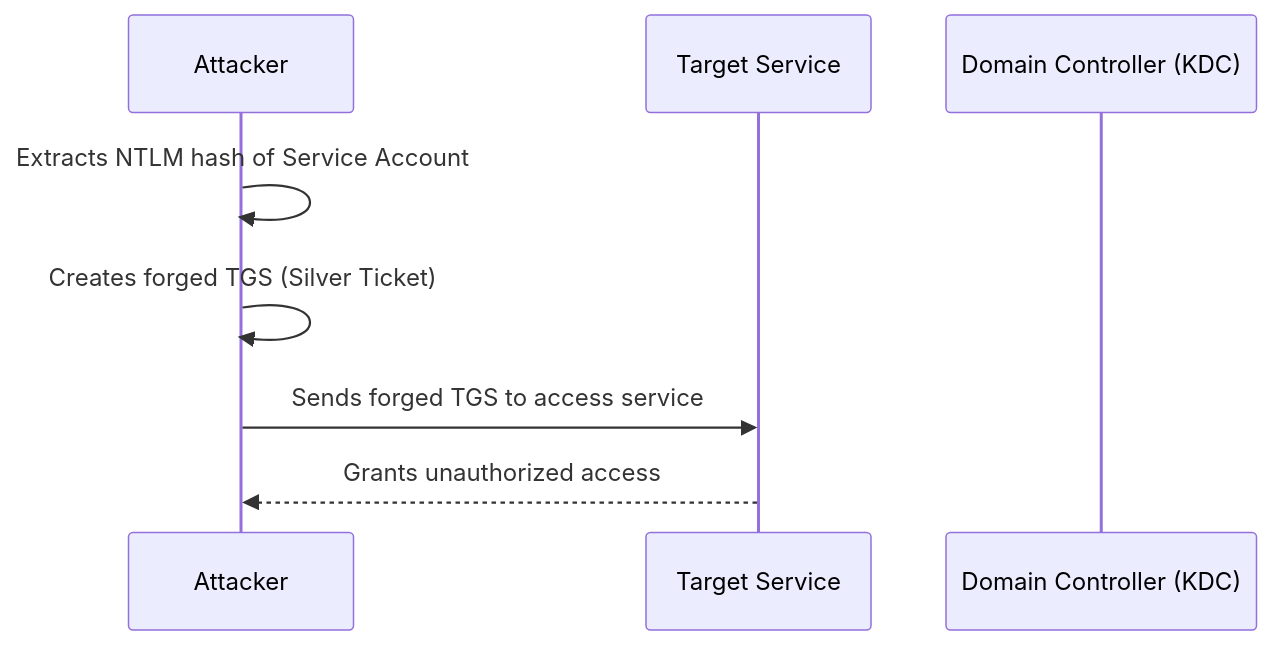
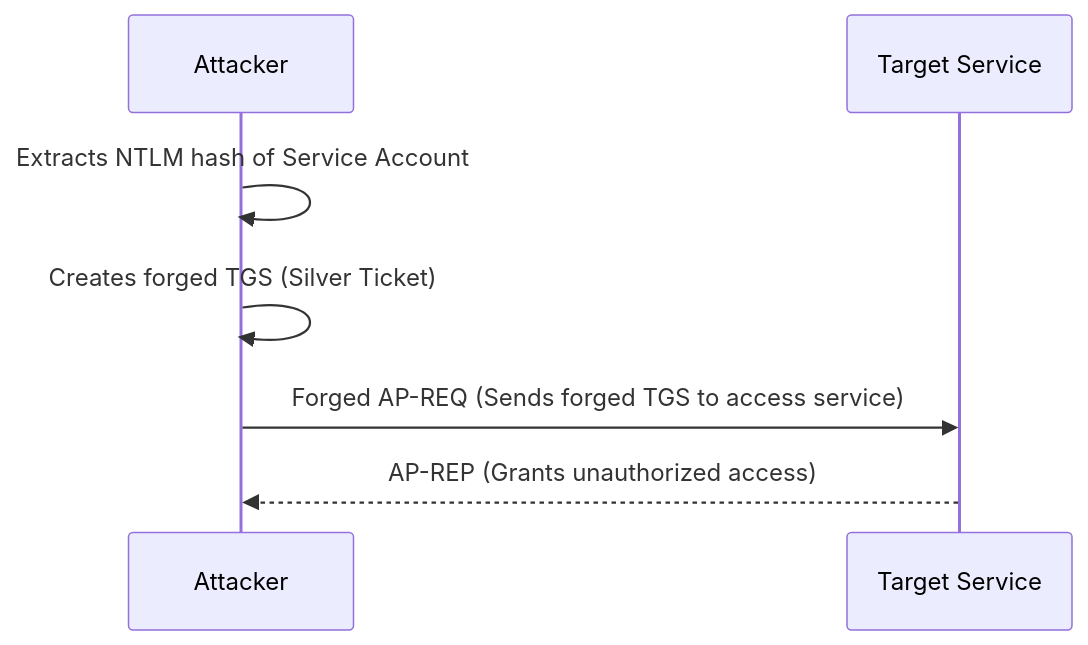
One commit to krovs/oscp-notes changed the fourth of 4 diagrams in docs/19_ad_exploitation.md. Above: the diagram before and after it, drawn with Mermaid. The commit also changed other lines of this file and 1 other file, not shown here.

Commit message:
Add Kerberos basic auth and update diagrams

````diff
--- a/docs/19_ad_exploitation.md
+++ b/docs/19_ad_exploitation.md
@@ -84,11 +119,10 @@
 ```mermaid
 sequenceDiagram
     participant Attacker
     participant Target Service
-    participant Domain Controller (KDC)
 
     Attacker->>Attacker: Extracts NTLM hash of Service Account
     Attacker->>Attacker: Creates forged TGS (Silver Ticket)
-    Attacker->>Target Service: Sends forged TGS to access service
-    Target Service-->>Attacker: Grants unauthorized access
+    Attacker->>Target Service: Forged AP-REQ (Sends forged TGS to access service)
+    Target Service-->>Attacker: AP-REP (Grants unauthorized access)
 ```
````
